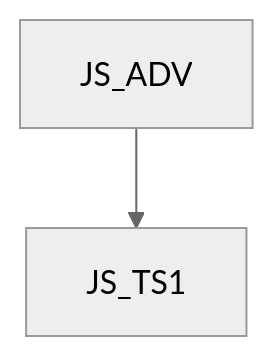
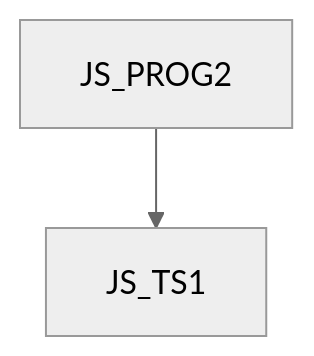
The diagram in JS_TS1 CZ.md (mbradic/gopas-osnovy), drawn with Mermaid (neutral theme) before and after one commit. The commit also changed other lines of this file and 31 other files, not shown here.

Commit message:
Update: JS_INTRO a JS_ADV -> JS_PROG1 a JS_PROG2

````diff
--- a/JS_TS1 CZ.md
+++ b/JS_TS1 CZ.md
@@ -11,4 +11,4 @@
 ```mermaid
 graph TD
-    JS_ADV --> JS_TS1
+    JS_PROG2 --> JS_TS1
 ```
````
